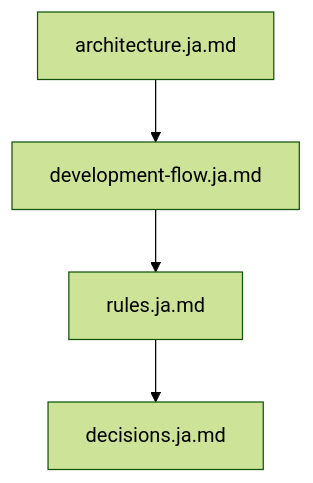
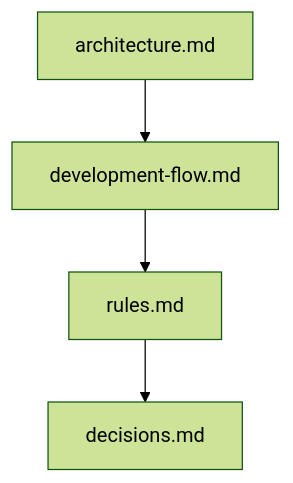
One commit to Tomy-ch/go-boilerplate changed the first of 7 diagrams in docs/index.md. Above: the diagram before and after it, drawn with Mermaid (forest theme). The commit also changed other lines of this file and 29 other files, not shown here.

````diff
--- a/docs/index.md
+++ b/docs/index.md
@@ -24,4 +24,4 @@
 ```mermaid
 flowchart TB
-    A["architecture.ja.md"] --> B["development-flow.ja.md"] --> C["rules.ja.md"] --> D["decisions.ja.md"]
+    A["architecture.md"] --> B["development-flow.md"] --> C["rules.md"] --> D["decisions.md"]
 ```
````
